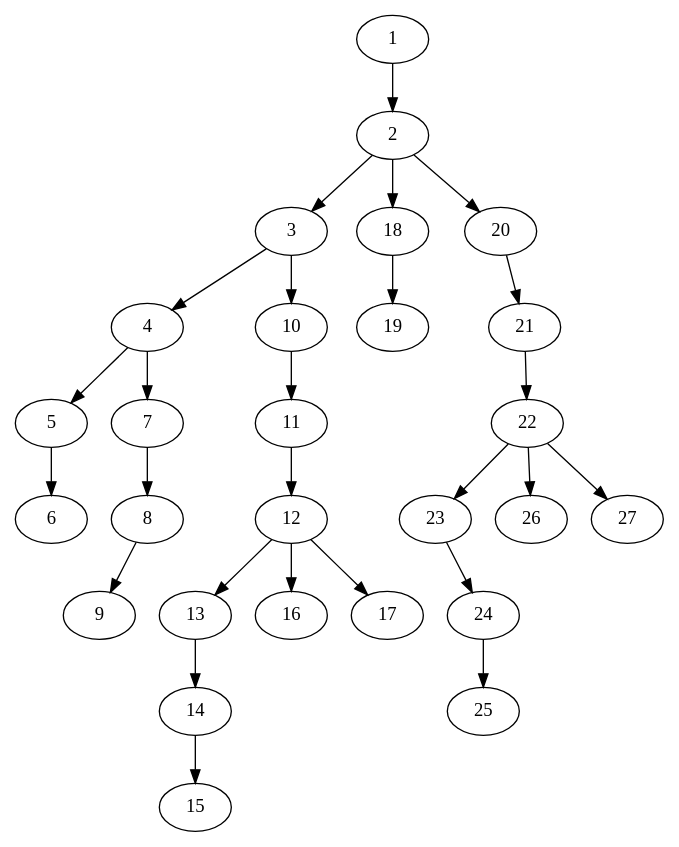
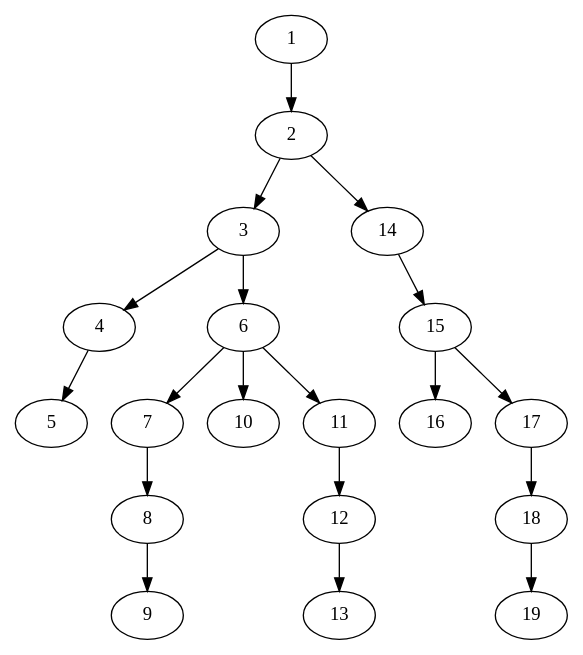
One commit to Ajax12345/caspian-lang changed the diagram in caspian/src/ast_stuff.dot. Above: the diagram before and after it, drawn with Graphviz. The commit also changed 4 other files, not shown here.

```diff
--- a/caspian/src/ast_stuff.dot
+++ b/caspian/src/ast_stuff.dot
@@ -1,28 +1,20 @@
 strict digraph "" {
 	1 -> 2;
 	2 -> 3;
-	2 -> 18;
-	2 -> 20;
+	2 -> 14;
 	3 -> 4;
-	3 -> 10;
+	3 -> 6;
 	4 -> 5;
-	4 -> 7;
-	5 -> 6;
+	6 -> 7;
+	6 -> 10;
+	6 -> 11;
 	7 -> 8;
 	8 -> 9;
-	10 -> 11;
 	11 -> 12;
 	12 -> 13;
-	12 -> 16;
-	12 -> 17;
-	13 -> 14;
 	14 -> 15;
+	15 -> 16;
+	15 -> 17;
+	17 -> 18;
 	18 -> 19;
-	20 -> 21;
-	21 -> 22;
-	22 -> 23;
-	22 -> 26;
-	22 -> 27;
-	23 -> 24;
-	24 -> 25;
 }
```
